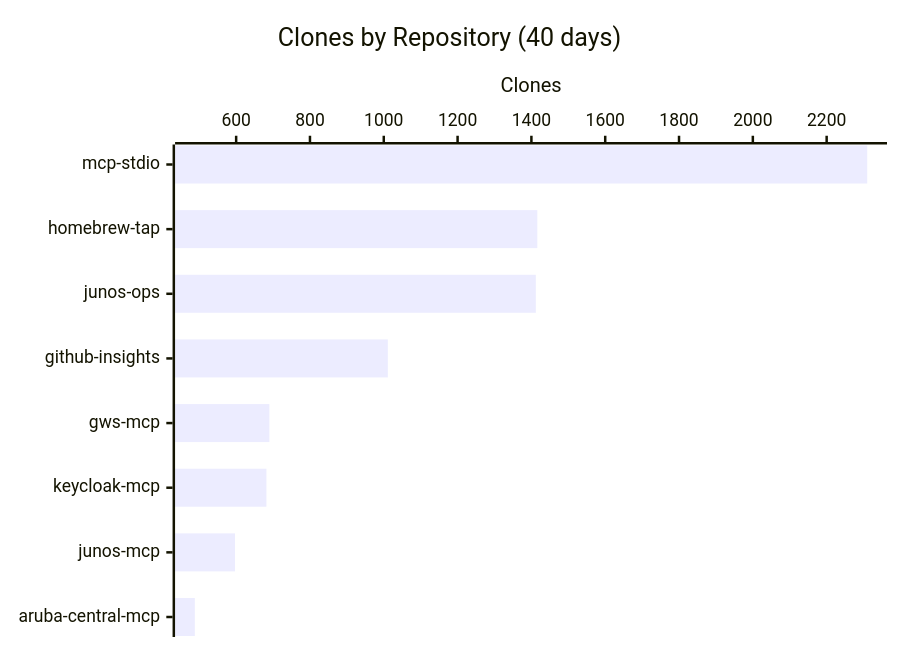
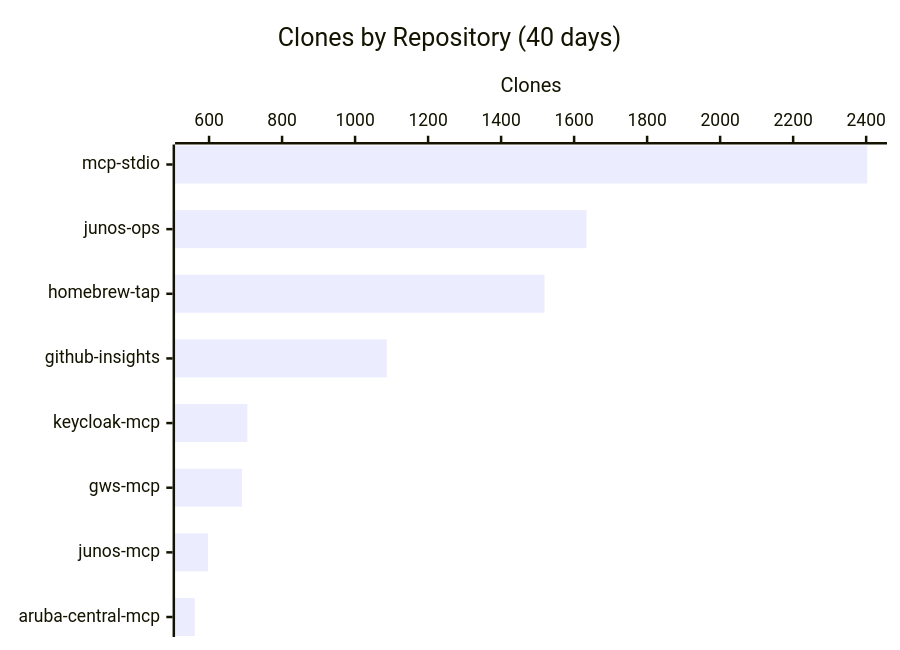
One commit to shigechika/github-insights changed the third of 3 diagrams in README.md. Above: the diagram before and after it, drawn with Mermaid. The commit also changed other lines of this file and 1 other file, not shown here.

````diff
--- a/README.md
+++ b/README.md
@@ -36,7 +36,7 @@
 ```mermaid
 xychart-beta horizontal
     title "Clones by Repository (40 days)"
-    x-axis ["mcp-stdio", "homebrew-tap", "junos-ops", "github-insights", "gws-mcp", "keycloak-mcp", "junos-mcp", "aruba-central-mcp"]
+    x-axis ["mcp-stdio", "junos-ops", "homebrew-tap", "github-insights", "keycloak-mcp", "gws-mcp", "junos-mcp", "aruba-central-mcp"]
     y-axis "Clones"
-    bar [2310, 1416, 1412, 1011, 690, 682, 597, 488]
+    bar [2403, 1634, 1519, 1087, 705, 690, 597, 561]
 ```
````
